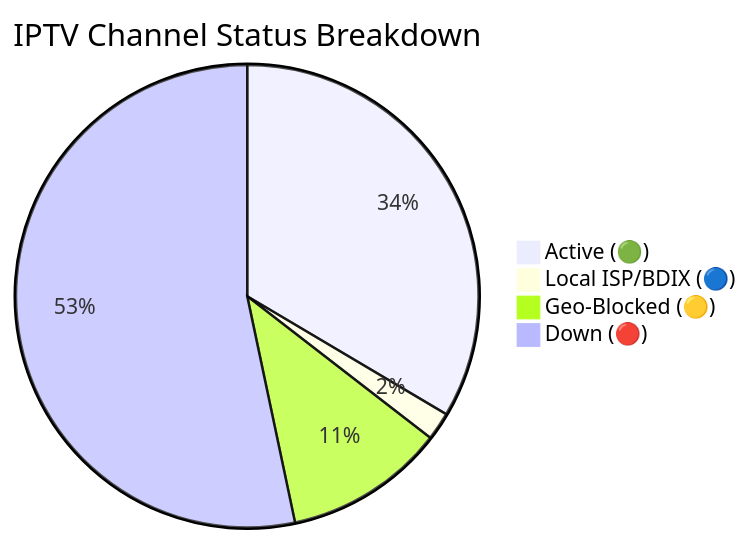
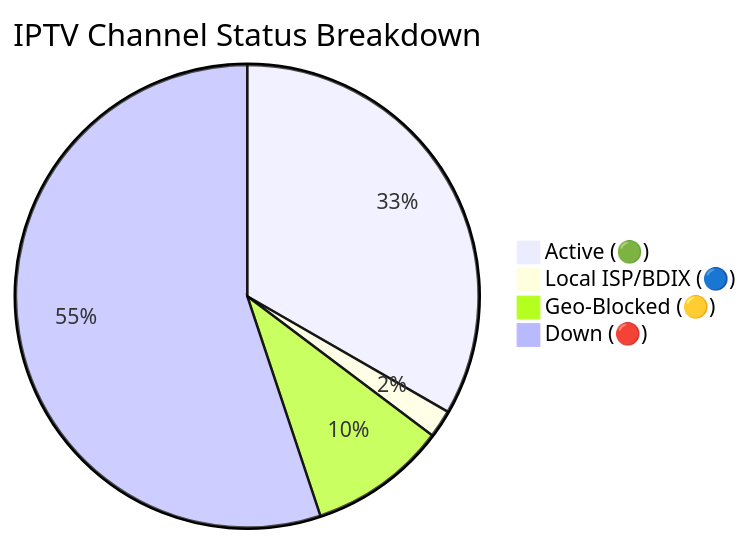
The diagram in README.md (andreataylord/Ip-tv-Collection), drawn with Mermaid before and after one commit. The commit also changed other lines of this file and 1 other file, not shown here.

Commit message:
docs(readme): auto-update daily channel status chart

````diff
--- a/README.md
+++ b/README.md
@@ -59,7 +59,7 @@
 ```mermaid
 pie title IPTV Channel Status Breakdown
-    "Active (🟢)" : 2194
+    "Active (🟢)" : 2181
     "Local ISP/BDIX (🔵)" : 128
-    "Geo-Blocked (🟡)" : 734
-    "Down (🔴)" : 3490
+    "Geo-Blocked (🟡)" : 629
+    "Down (🔴)" : 3608
 ```
````
